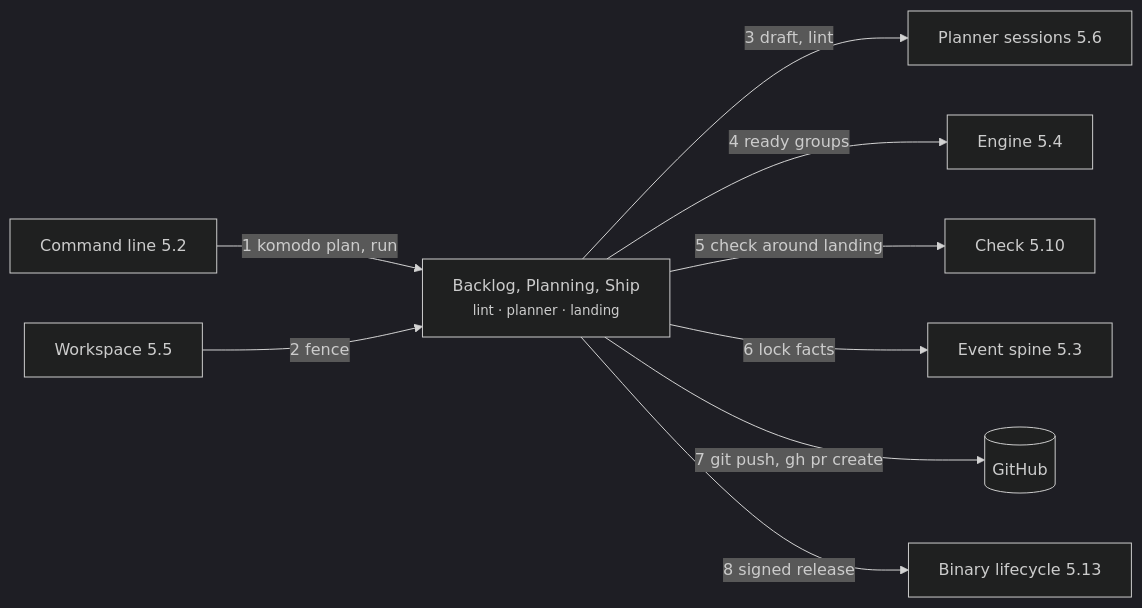
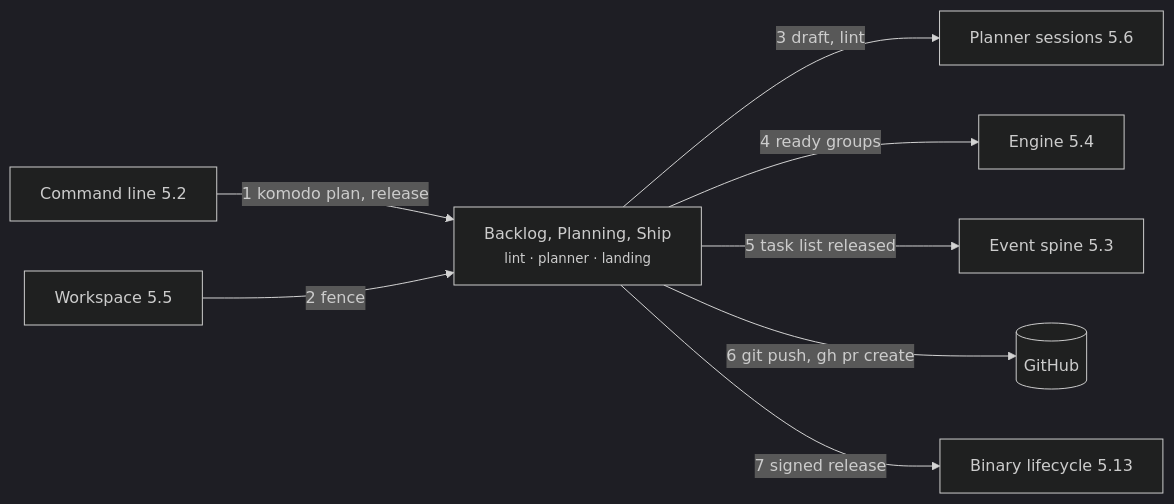
Diagram 27 of 45 in docs/hld.md (rdevitto86/komodo-agentic-harness-coding), drawn with Mermaid (dark theme) before and after one commit. The commit also changed other lines of this file, not shown here.

````diff
--- a/docs/hld.md
+++ b/docs/hld.md
@@ -1307,20 +1319,18 @@
 ```mermaid
 flowchart LR
   CL["Command line 5.2"]
   WS["Workspace 5.5"]
   BP["Backlog, Planning, Ship<br><small>lint · planner · landing</small>"]:::core
   SE["Planner sessions 5.6"]
   EN["Engine 5.4"]
-  CK["Check 5.10"]
   SP["Event spine 5.3"]
   GH[("GitHub")]:::ext
   LC["Binary lifecycle 5.13"]
-  CL -->|"1 komodo plan, run"| BP
+  CL -->|"1 komodo plan, release"| BP
   WS -->|"2 fence"| BP
   BP -->|"3 draft, lint"| SE
   BP -->|"4 ready groups"| EN
-  BP -->|"5 check around landing"| CK
-  BP -->|"6 lock facts"| SP
-  BP -->|"7 git push, gh pr create"| GH
-  BP -->|"8 signed release"| LC
+  BP -->|"5 task list released"| SP
+  BP -->|"6 git push, gh pr create"| GH
+  BP -->|"7 signed release"| LC
 ```
````
